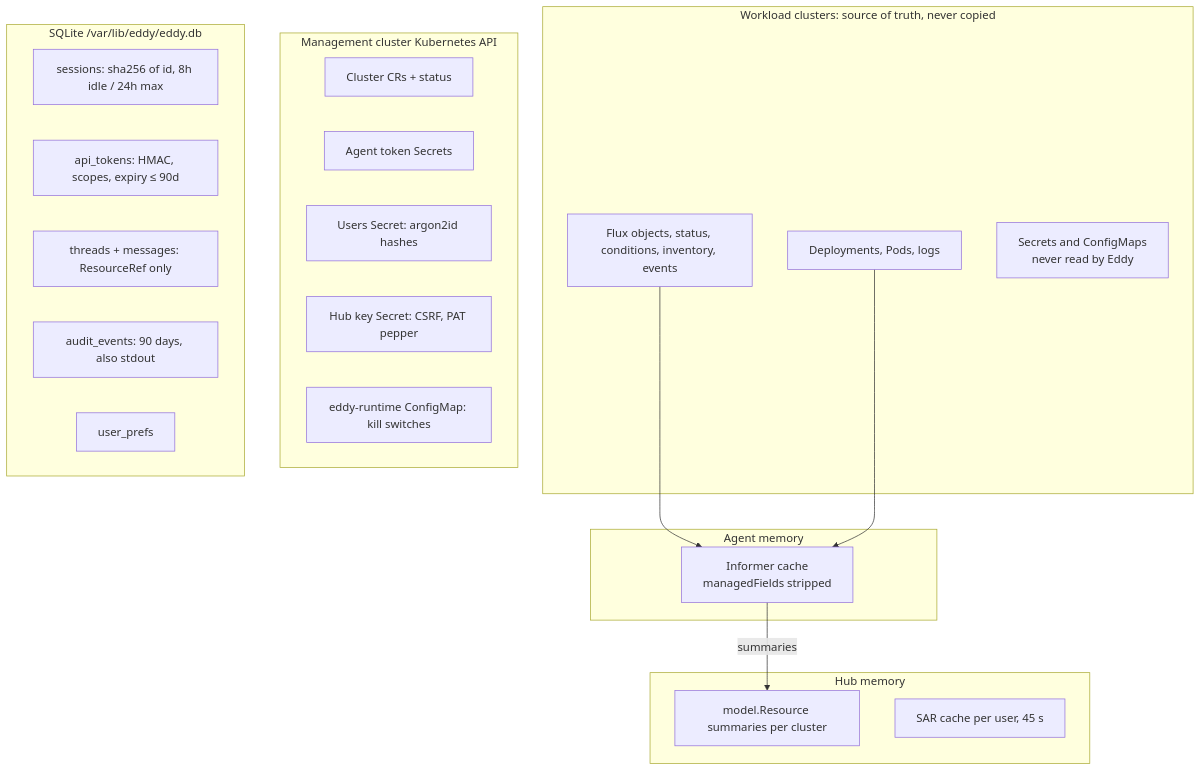
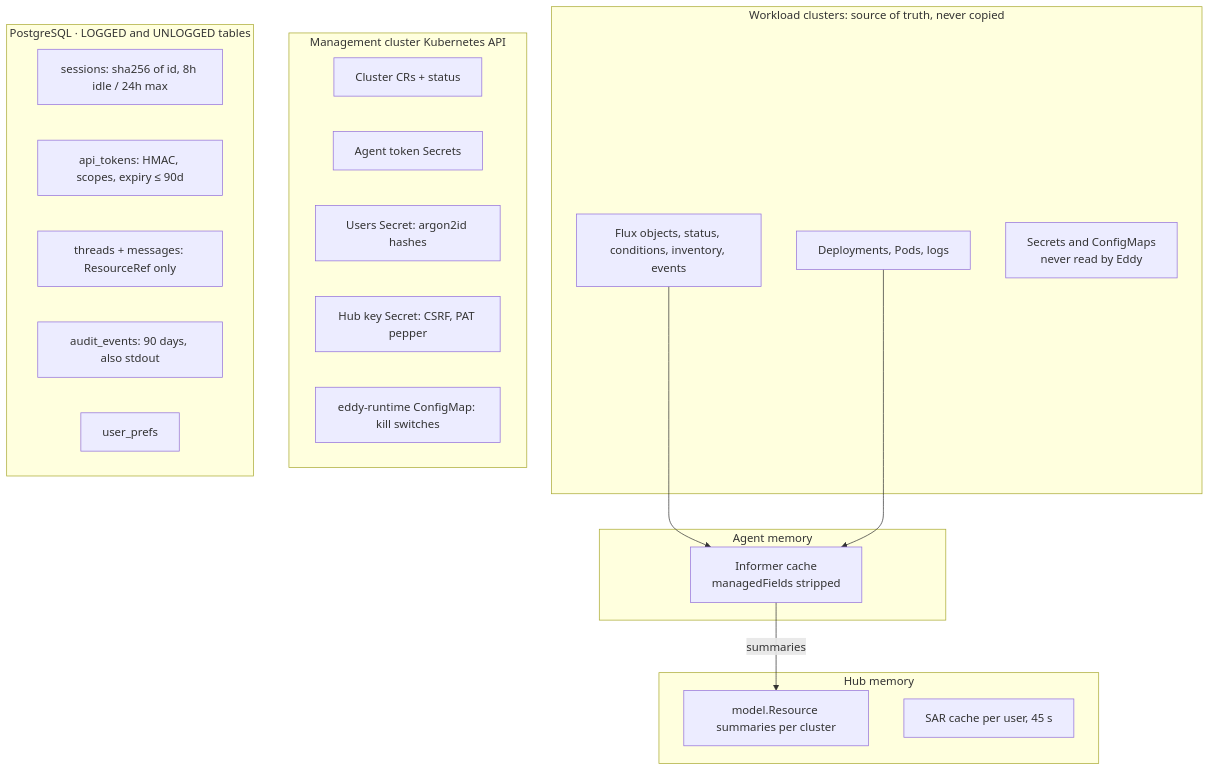
The second of 10 diagrams in docs/architecture.md (idestis/eddy), drawn with Mermaid before and after one commit. The commit also changed other lines of this file and 9 other files, not shown here.

````diff
--- a/docs/architecture.md
+++ b/docs/architecture.md
@@ -68,32 +68,32 @@
 ```mermaid
 flowchart TB
   subgraph WK[Workload clusters: source of truth, never copied]
     F[Flux objects, status, conditions, inventory, events]
     WL[Deployments, Pods, logs]
     SEC[Secrets and ConfigMaps<br/>never read by Eddy]
   end
   subgraph MEM[Agent memory]
     INF[Informer cache<br/>managedFields stripped]
   end
   subgraph HUBMEM[Hub memory]
     SUM[model.Resource summaries per cluster]
     SAR[SAR cache per user, 45 s]
   end
   subgraph K[Management cluster Kubernetes API]
     CR[Cluster CRs + status]
     TS[Agent token Secrets]
     US[Users Secret: argon2id hashes]
     KS[Hub key Secret: CSRF, PAT pepper]
     RT[eddy-runtime ConfigMap: kill switches]
   end
-  subgraph S[SQLite /var/lib/eddy/eddy.db]
+  subgraph S[PostgreSQL · LOGGED and UNLOGGED tables]
     SE[sessions: sha256 of id, 8h idle / 24h max]
     PT[api_tokens: HMAC, scopes, expiry ≤ 90d]
     THR[threads + messages: ResourceRef only]
     AU[audit_events: 90 days, also stdout]
     PR[user_prefs]
   end
   F --> INF
   WL --> INF
   INF -- summaries --> SUM
 ```
````
